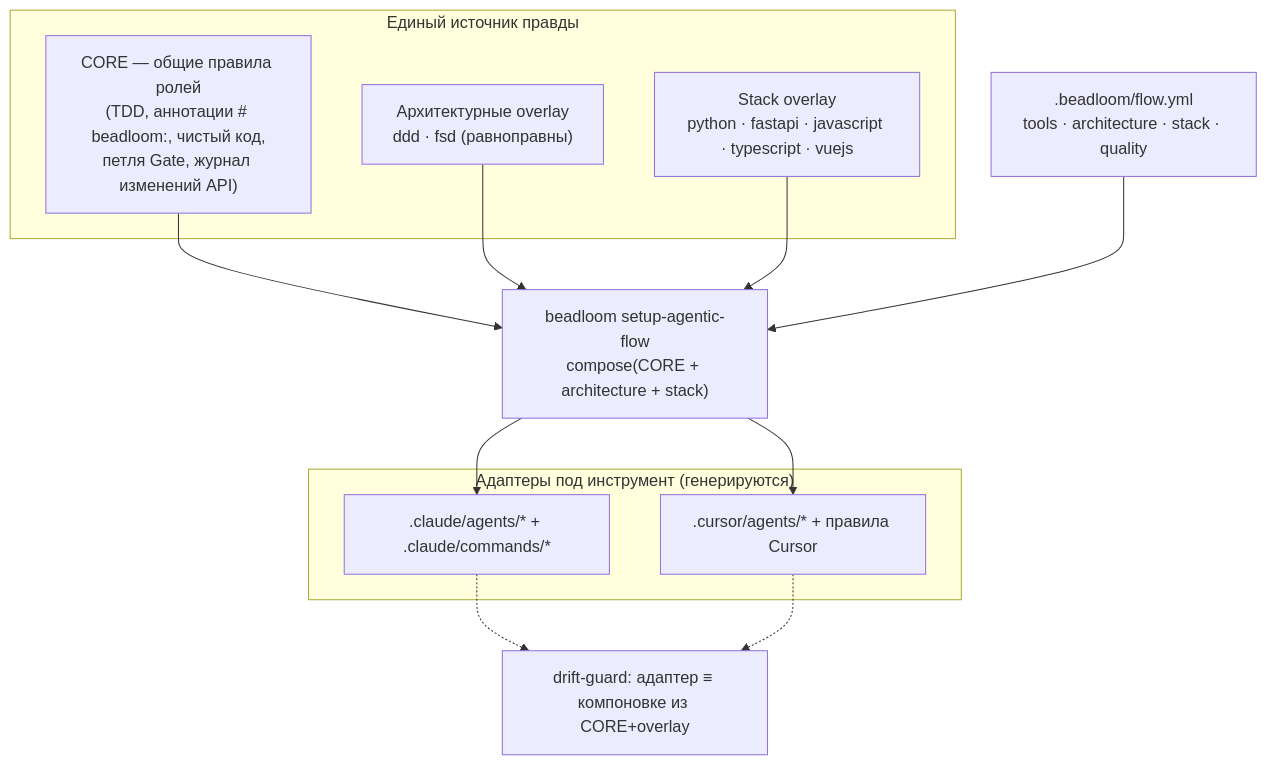
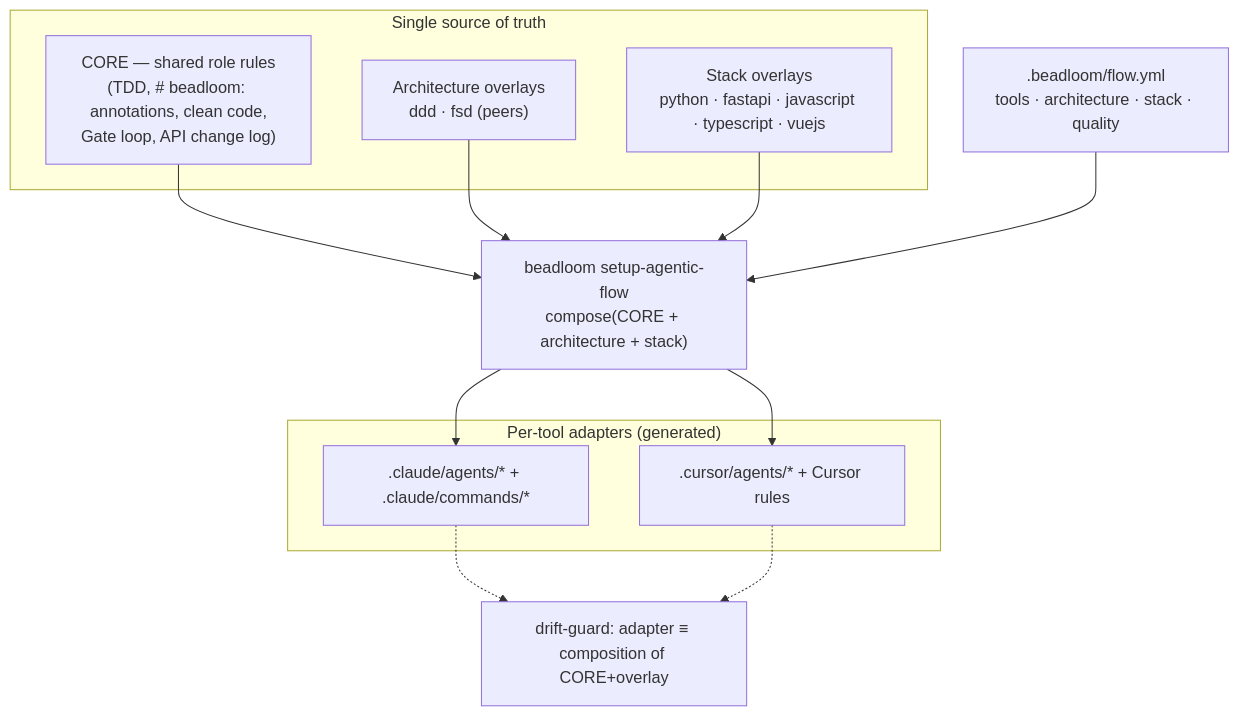
The first of 10 diagrams in docs/guides/multi-agent-development.md (zoologov/beadloom), drawn with Mermaid before and after one commit. The commit also changed other lines of this file and 134 other files, not shown here.

First line of the commit message:
[BDL-056] docs: README en/ru to data-core thesis + bilingual agent guide; untrack generated site/ (.2)

````diff
--- a/docs/guides/multi-agent-development.md
+++ b/docs/guides/multi-agent-development.md
@@ -60,27 +62,27 @@
 ```mermaid
 flowchart TB
-  subgraph CANON["Единый источник правды"]
-    CORE["CORE — общие правила ролей<br/>(TDD, аннотации # beadloom:, чистый код,<br/>петля Gate, журнал изменений API)"]
-    ARCH["Архитектурные overlay<br/>ddd · fsd (равноправны)"]
-    STACK["Stack overlay<br/>python · fastapi · javascript · typescript · vuejs"]
+  subgraph CANON["Single source of truth"]
+    CORE["CORE — shared role rules<br/>(TDD, # beadloom: annotations, clean code,<br/>Gate loop, API change log)"]
+    ARCH["Architecture overlays<br/>ddd · fsd (peers)"]
+    STACK["Stack overlays<br/>python · fastapi · javascript · typescript · vuejs"]
   end
 
   FLOW[".beadloom/flow.yml<br/>tools · architecture · stack · quality"]
   COMPOSE["beadloom setup-agentic-flow<br/>compose(CORE + architecture + stack)"]
 
-  subgraph ADAPTERS["Адаптеры под инструмент (генерируются)"]
+  subgraph ADAPTERS["Per-tool adapters (generated)"]
     CLAUDE[".claude/agents/* + .claude/commands/*"]
-    CURSOR[".cursor/agents/* + правила Cursor"]
+    CURSOR[".cursor/agents/* + Cursor rules"]
   end
 
-  GUARD["drift-guard: адаптер ≡ компоновке из CORE+overlay"]
+  GUARD["drift-guard: adapter ≡ composition of CORE+overlay"]
 
   CORE --> COMPOSE
   ARCH --> COMPOSE
   STACK --> COMPOSE
   FLOW --> COMPOSE
   COMPOSE --> CLAUDE
   COMPOSE --> CURSOR
   CLAUDE -.-> GUARD
   CURSOR -.-> GUARD
 ```
````
